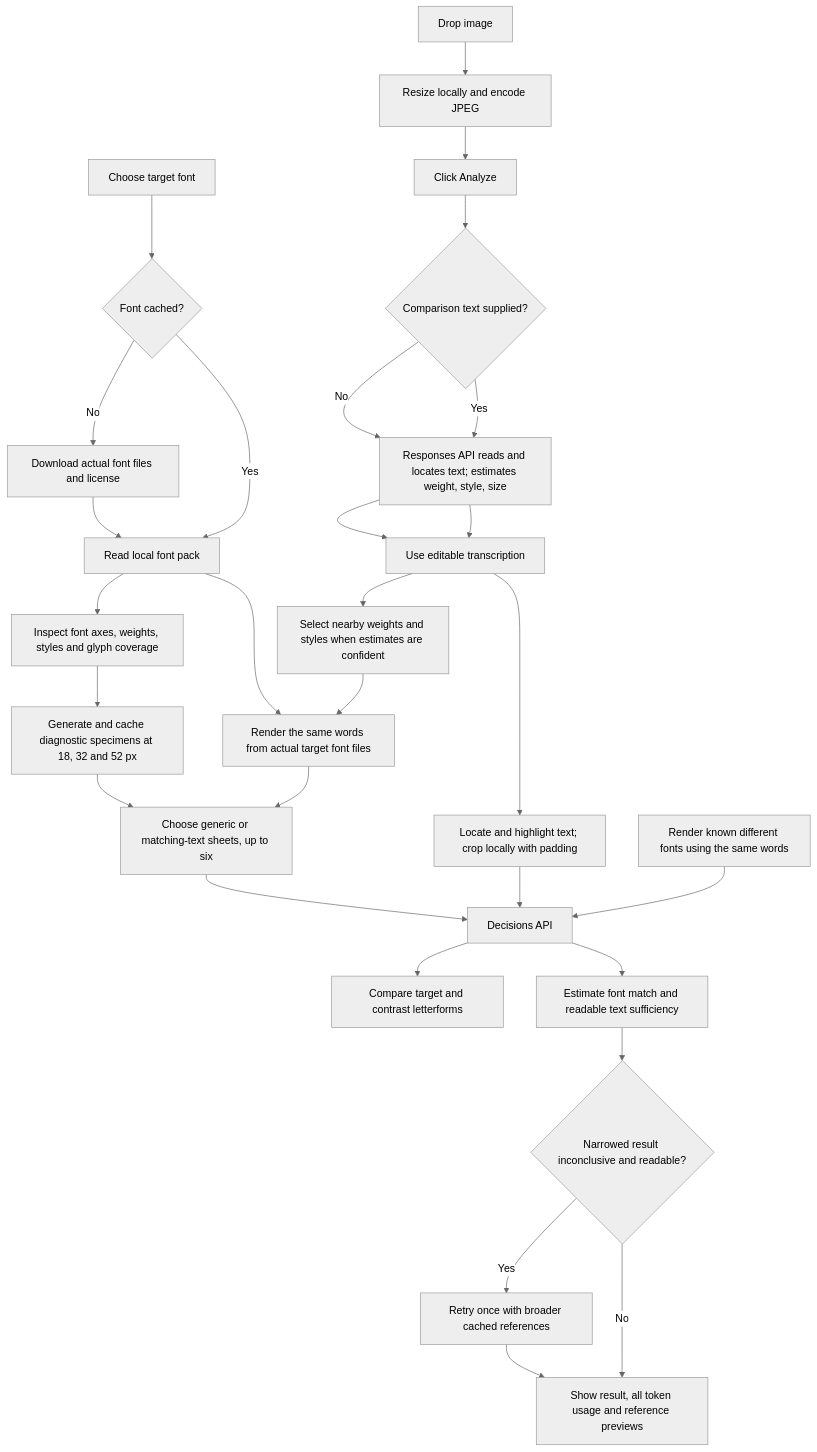
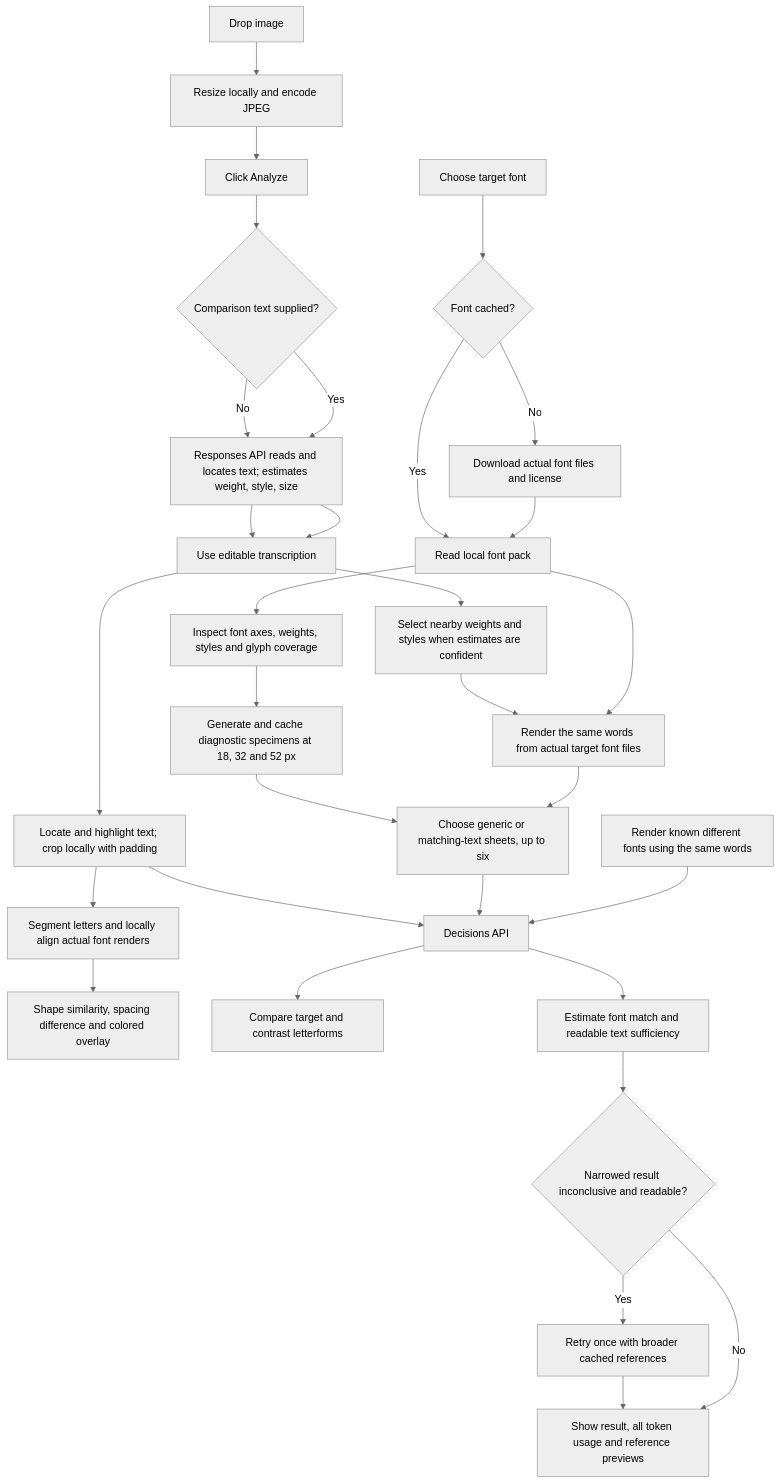
The diagram in README.md (DannyRuchtie/FontsChecker), drawn with Mermaid (neutral theme) before and after one commit. The commit also changed other lines of this file and 8 other files, not shown here.

Commit message:
Add local letter overlay measurement and separate spacing metric

````diff
--- a/README.md
+++ b/README.md
@@ -18,31 +19,33 @@
 ```mermaid
 flowchart TD
     A[Choose target font] --> B{Font cached?}
     B -->|No| C[Download actual font files and license]
     B -->|Yes| D[Read local font pack]
     C --> D
     D --> E[Inspect font axes, weights, styles and glyph coverage]
     E --> F[Generate and cache diagnostic specimens at 18, 32 and 52 px]
     G[Drop image] --> H[Resize locally and encode JPEG]
     H --> I[Click Analyze]
     I --> J{Comparison text supplied?}
     J -->|No| K[Responses API reads and locates text; estimates weight, style, size]
     J -->|Yes| K
     K --> L[Use editable transcription]
     K --> L
     L --> T[Select nearby weights and styles when estimates are confident]
     T --> M[Render the same words from actual target font files]
     D --> M
     F --> N[Choose generic or matching-text sheets, up to six]
     M --> N
     L --> W[Locate and highlight text; crop locally with padding]
+    W --> X[Segment letters and locally align actual font renders]
+    X --> Y[Shape similarity, spacing difference and colored overlay]
     W --> O[Decisions API]
     N --> O
     R[Render known different fonts using the same words] --> O
     O --> S[Compare target and contrast letterforms]
     O --> P[Estimate font match and readable text sufficiency]
     P --> U{Narrowed result inconclusive and readable?}
     U -->|Yes| V[Retry once with broader cached references]
     V --> Q[Show result, all token usage and reference previews]
     U -->|No| Q
 ```
````
